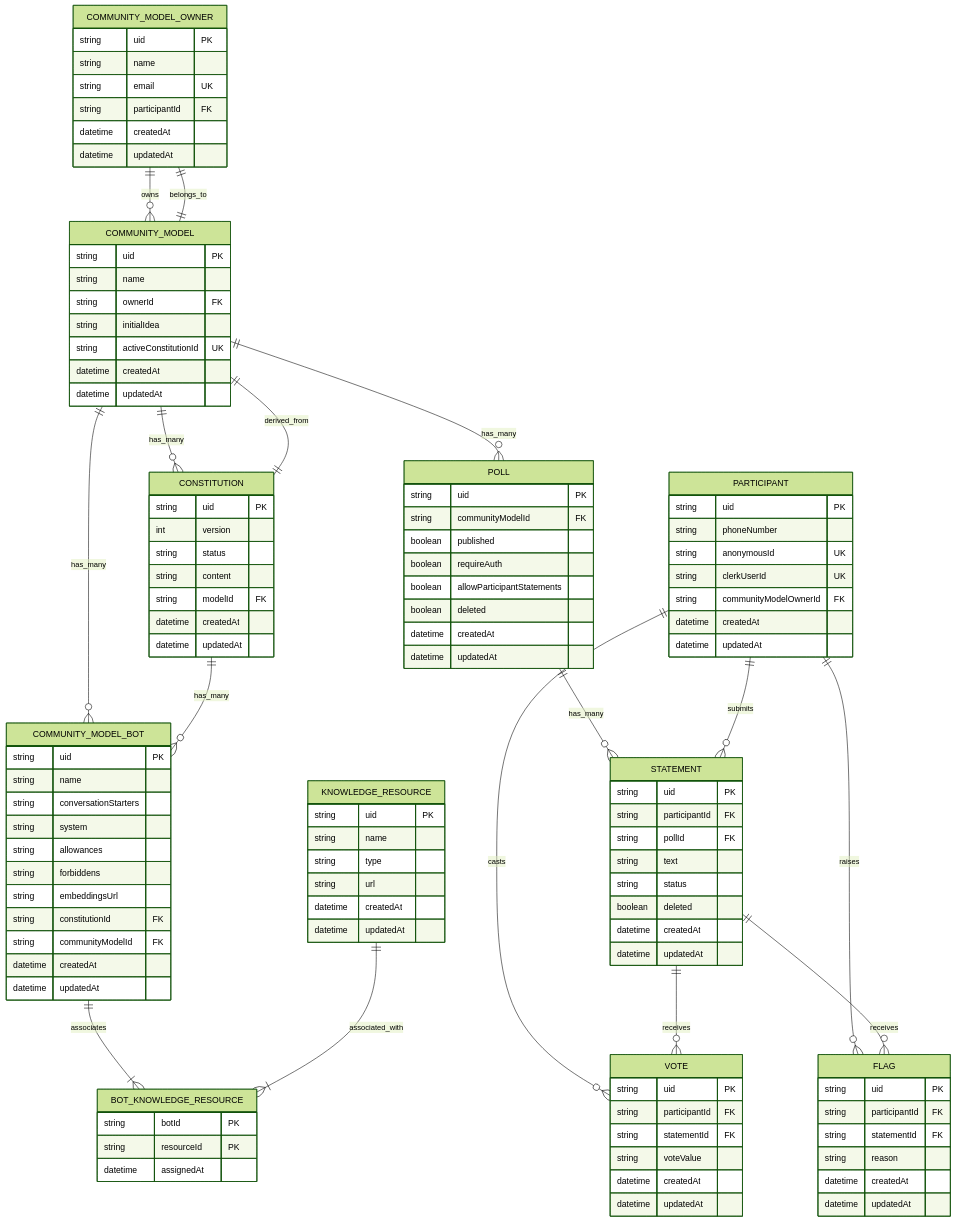
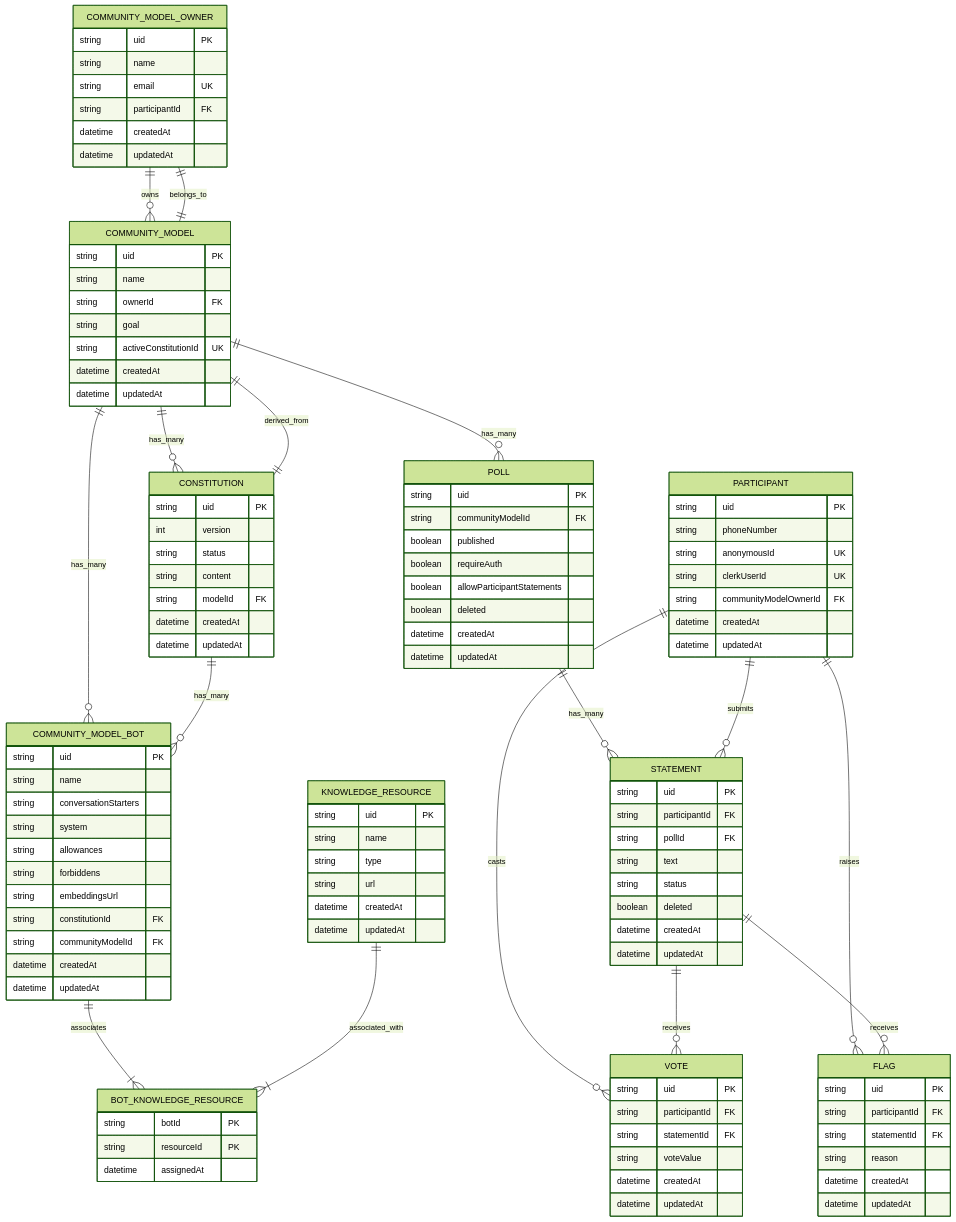
The diagram in schema.md (collect-intel/osccai), drawn with Mermaid (forest theme) before and after one commit. The commit also changed 57 other files, not shown here.

First line of the commit message:
(BIG) Implement new community model flow and enhance overall functionality

```diff
--- a/schema.md
+++ b/schema.md
@@ -14,7 +14,7 @@
         string uid PK
         string name
         string ownerId FK
-        string initialIdea
+        string goal
         string activeConstitutionId UK
         datetime createdAt
         datetime updatedAt
```
